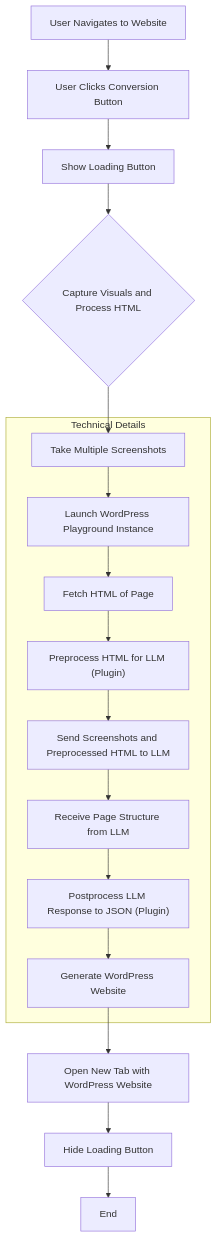
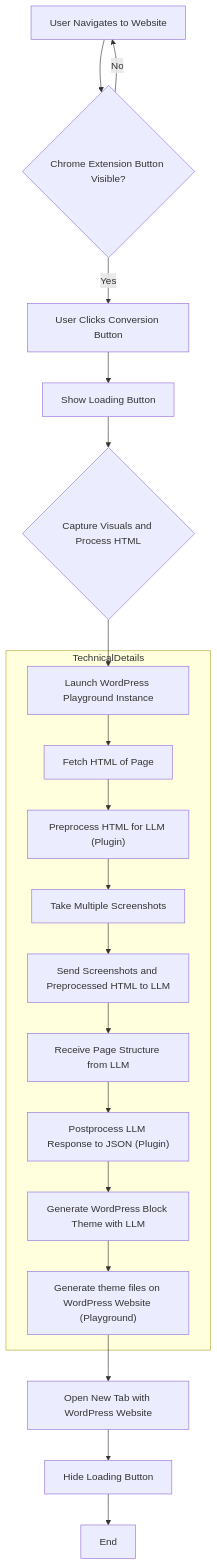
Before and after one commit to CMSFreedomOrg/CMSFreedom: the diagram in README.md, drawn with Mermaid.

Commit message:
Added the end of the process to the mermaid from the macro vision

````diff
--- a/README.md
+++ b/README.md
@@ -20,29 +20,32 @@
 ```mermaid
 graph TD
-    UserNavigatesWebsite[User Navigates to Website] --> UserClicksConversionButton[User Clicks Conversion Button];
+    UserNavigatesWebsite[User Navigates to Website] --> CheckExtensionButtonVisibility{Chrome Extension Button Visible?};
+    CheckExtensionButtonVisibility -- Yes --> UserClicksConversionButton[User Clicks Conversion Button];
+    CheckExtensionButtonVisibility -- No --> UserNavigatesWebsite;
     UserClicksConversionButton --> ShowLoadingButton[Show Loading Button];
     ShowLoadingButton --> CaptureVisualsAndProcessHTML{Capture Visuals and Process HTML};
-    CaptureVisualsAndProcessHTML --> CapturePageScreenshots[Take Multiple Screenshots];
-    CapturePageScreenshots --> LaunchWordPressPlayground[Launch WordPress Playground Instance];
+    CaptureVisualsAndProcessHTML --> LaunchWordPressPlayground[Launch WordPress Playground Instance];
     LaunchWordPressPlayground --> FetchPageHTML[Fetch HTML of Page];
     FetchPageHTML --> PreprocessHTMLForLLM["Preprocess HTML for LLM (Plugin)"];
-    PreprocessHTMLForLLM --> SendDataToLLM[Send Screenshots and Preprocessed HTML to LLM];
+    PreprocessHTMLForLLM --> CapturePageScreenshots[Take Multiple Screenshots];
+    CapturePageScreenshots --> SendDataToLLM[Send Screenshots and Preprocessed HTML to LLM];
     SendDataToLLM --> ReceiveLLMPageStructure[Receive Page Structure from LLM];
     ReceiveLLMPageStructure --> PostprocessLLMResponse["Postprocess LLM Response to JSON (Plugin)"];
-    PostprocessLLMResponse --> GenerateWordPressSite[Generate WordPress Website];
-    GenerateWordPressSite --> OpenNewTabWithWordPress[Open New Tab with WordPress Website];
+    PostprocessLLMResponse --> QueryLLMForGeneratingBlock[Generate WordPress Block Theme with LLM];
+    QueryLLMForGeneratingBlock --> GenerateThemeFiles["Generate theme files on WordPress Website (Playground)"];
+    GenerateThemeFiles --> OpenNewTabWithWordPress[Open New Tab with WordPress Website];
     OpenNewTabWithWordPress --> HideLoadingButton[Hide Loading Button];
     HideLoadingButton --> ProcessComplete[End];
 
-    subgraph Technical Details
+    subgraph TechnicalDetails
         LaunchWordPressPlayground;
         FetchPageHTML;
         PreprocessHTMLForLLM;
         CapturePageScreenshots;
         SendDataToLLM;
+        QueryLLMForGeneratingBlock;
+        GenerateThemeFiles;
         ReceiveLLMPageStructure;
         PostprocessLLMResponse;
-        GenerateWordPressSite;
     end
-
 ```
````
